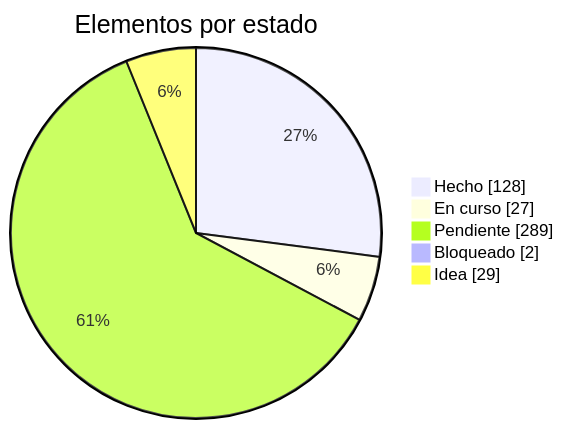
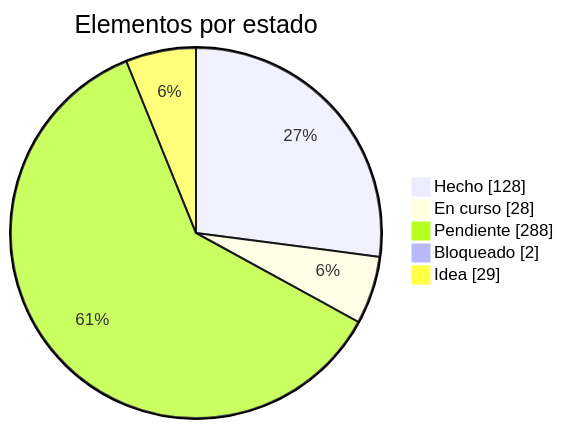
One commit to dariogea/BM27 changed the first of 2 diagrams in docs/roadmap.md. Above: the diagram before and after it, drawn with Mermaid. The commit also changed other lines of this file and 12 other files, not shown here.

````diff
--- a/docs/roadmap.md
+++ b/docs/roadmap.md
@@ -13,8 +13,8 @@
 ```mermaid
 pie showData title Elementos por estado
   "Hecho" : 128
-  "En curso" : 27
-  "Pendiente" : 289
+  "En curso" : 28
+  "Pendiente" : 288
   "Bloqueado" : 2
   "Idea" : 29
 ```
````
